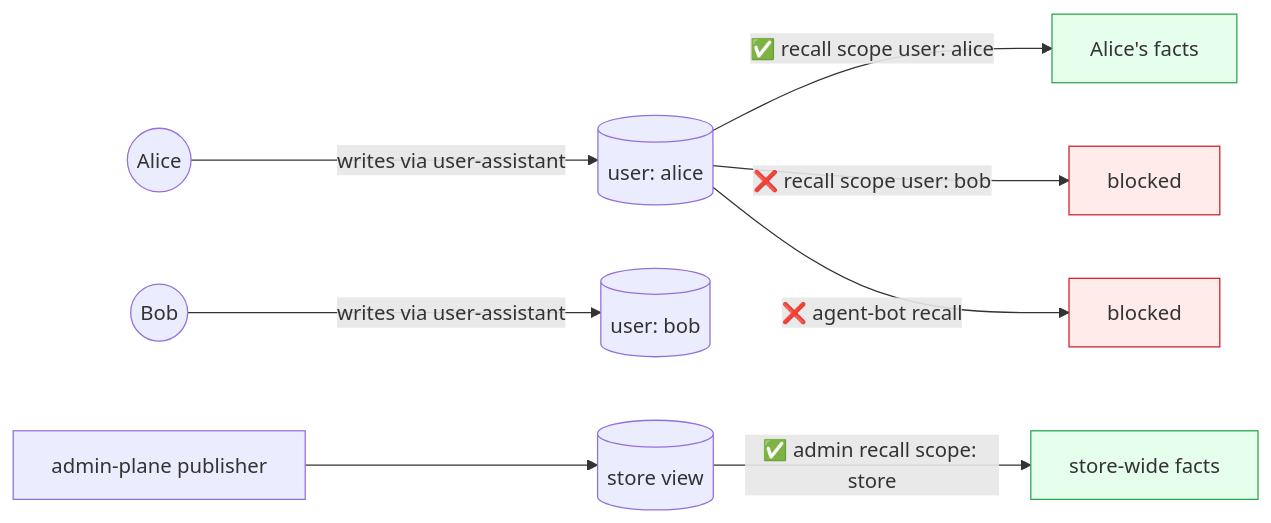
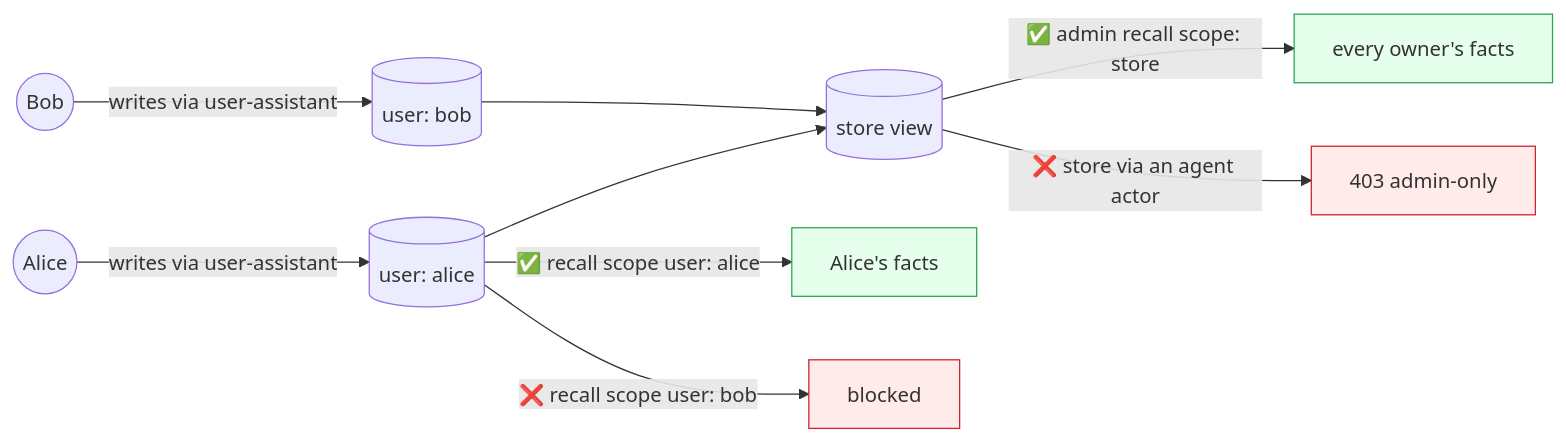
One commit to axsaucedo/kaos-adrs changed the fourth of 6 diagrams in memory/blog/BLOGPOST_DRAFT_PART_4.md. Above: the diagram before and after it, drawn with Mermaid. The commit also changed other lines of this file, not shown here.

````diff
--- a/memory/blog/BLOGPOST_DRAFT_PART_4.md
+++ b/memory/blog/BLOGPOST_DRAFT_PART_4.md
@@ -138,16 +136,17 @@
 ```mermaid
 graph LR
   alice(("Alice")) -->|"writes via user-assistant"| UA[("user: alice")]
   bob(("Bob")) -->|"writes via user-assistant"| UB[("user: bob")]
-  admin["admin-plane publisher"] --> S[("store view")]
+  UA --> S[("store view")]
+  UB --> S
 
   UA -->|"✅ recall scope user: alice"| ok1["Alice's facts"]
   UA -->|"❌ recall scope user: bob"| deny1["blocked"]
-  S  -->|"✅ admin recall scope: store"| ok2["store-wide facts"]
-  UA -->|"❌ agent-bot recall"| deny2["blocked"]
+  S  -->|"✅ admin recall scope: store"| ok2["every owner's facts"]
+  S  -->|"❌ store via an agent actor"| deny2["403 admin-only"]
 
   classDef allow fill:#e6ffed,stroke:#2da44e;
   classDef deny fill:#ffebe9,stroke:#cf222e;
   class ok1,ok2 allow;
   class deny1,deny2 deny;
 ```
````
